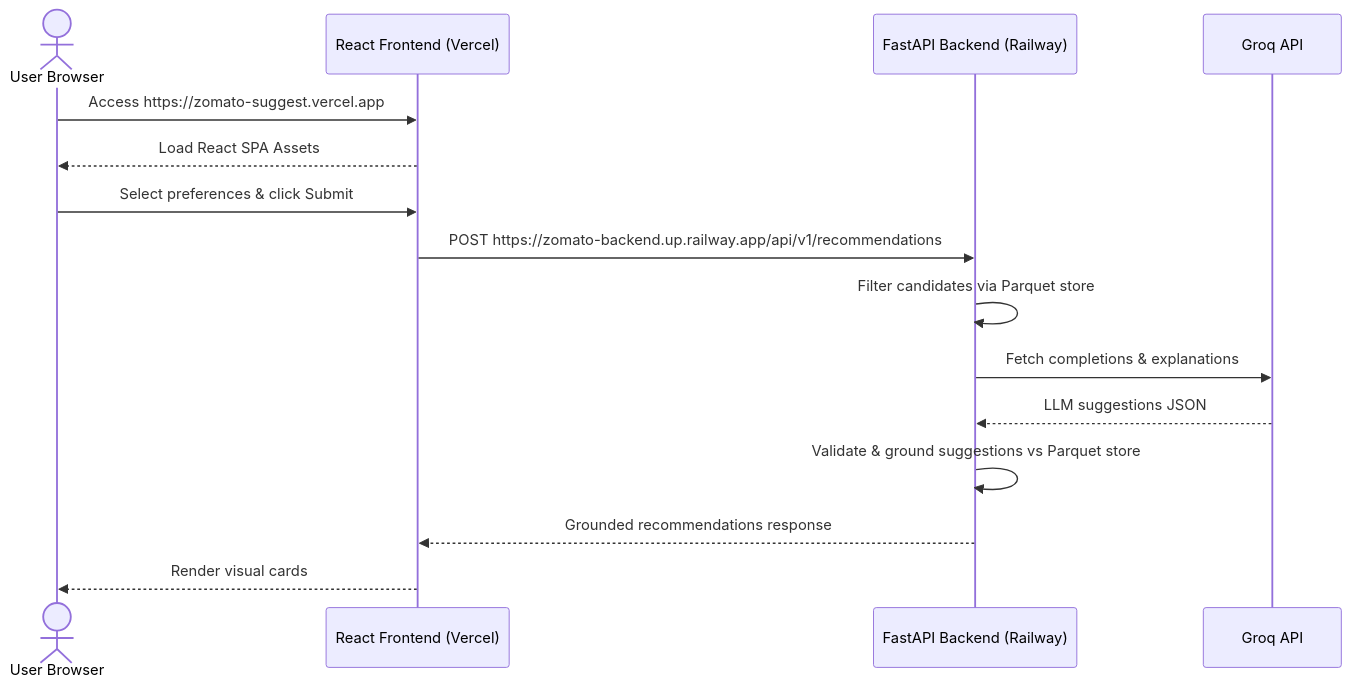
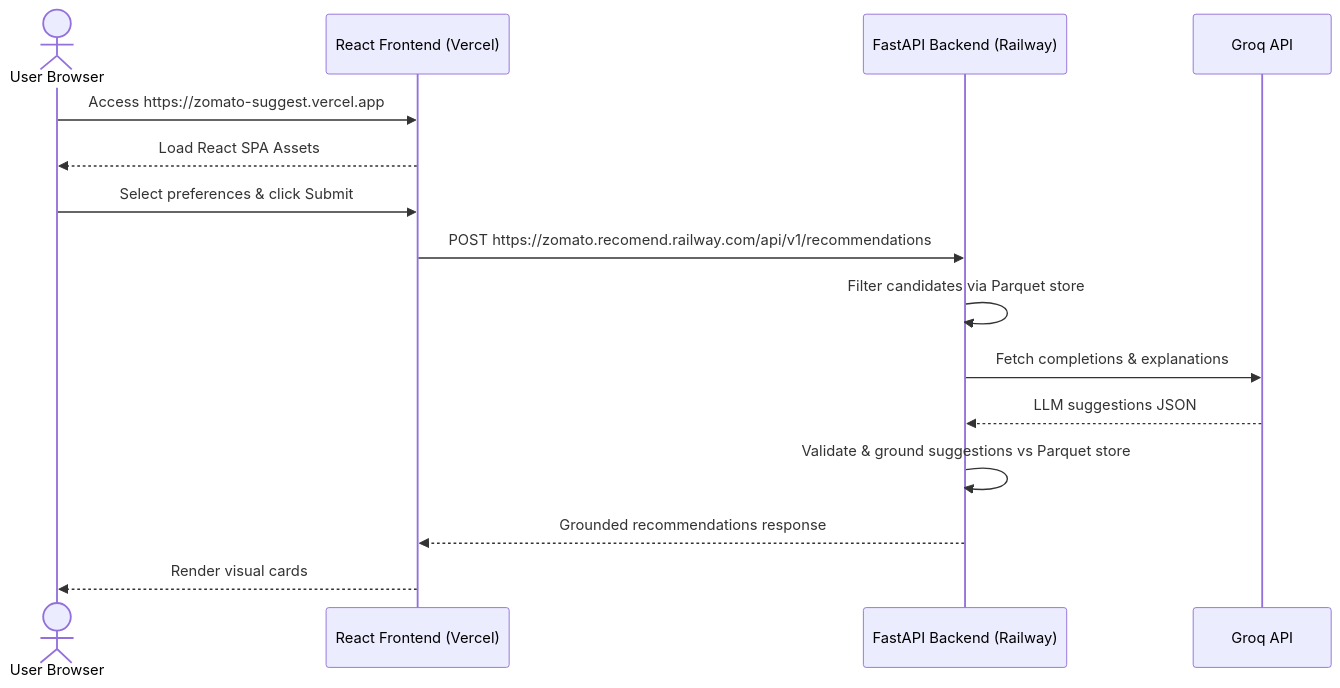
Before and after one commit to naikamol76/Zomato-AI-Suggest: the diagram in docs/deploymentPlan.md, drawn with Mermaid. The commit also changed other lines of this file, not shown here.

Commit message:
docs: update deployment plan environment variable and Railway domain

````diff
--- a/docs/deploymentPlan.md
+++ b/docs/deploymentPlan.md
@@ -12,18 +12,18 @@
 ```mermaid
 sequenceDiagram
     actor User as User Browser
     participant FE as React Frontend (Vercel)
     participant BE as FastAPI Backend (Railway)
     participant LLM as Groq API
 
     User->>FE: Access https://zomato-suggest.vercel.app
     FE-->>User: Load React SPA Assets
     User->>FE: Select preferences & click Submit
-    FE->>BE: POST https://zomato-backend.up.railway.app/api/v1/recommendations
+    FE->>BE: POST https://zomato.recomend.railway.com/api/v1/recommendations
     BE->>BE: Filter candidates via Parquet store
     BE->>LLM: Fetch completions & explanations
     LLM-->>BE: LLM suggestions JSON
     BE->>BE: Validate & ground suggestions vs Parquet store
     BE-->>FE: Grounded recommendations response
     FE-->>User: Render visual cards
 ```
````
